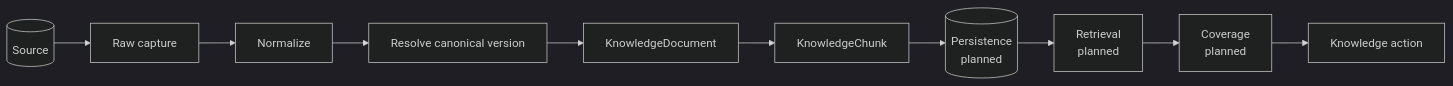
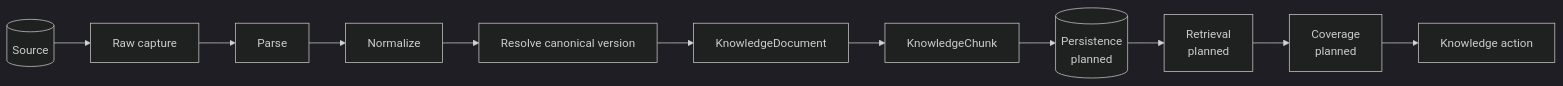
The diagram in README.md (kumarchandansingh/tropos), drawn with Mermaid (dark theme) before and after one commit. The commit also changed other lines of this file and 7 other files, not shown here.

````diff
--- a/README.md
+++ b/README.md
@@ -33,13 +35,14 @@
 ```mermaid
 flowchart LR
     S[(Source)]
     --> R[Raw capture]
+    --> X[Parse]
     --> N[Normalize]
     --> V[Resolve canonical version]
     --> D[KnowledgeDocument]
     --> C[KnowledgeChunk]
     --> P[(Persistence<br/>planned)]
     --> Q[Retrieval<br/>planned]
     --> G[Coverage<br/>planned]
     --> A[Knowledge action]
 ```
````
